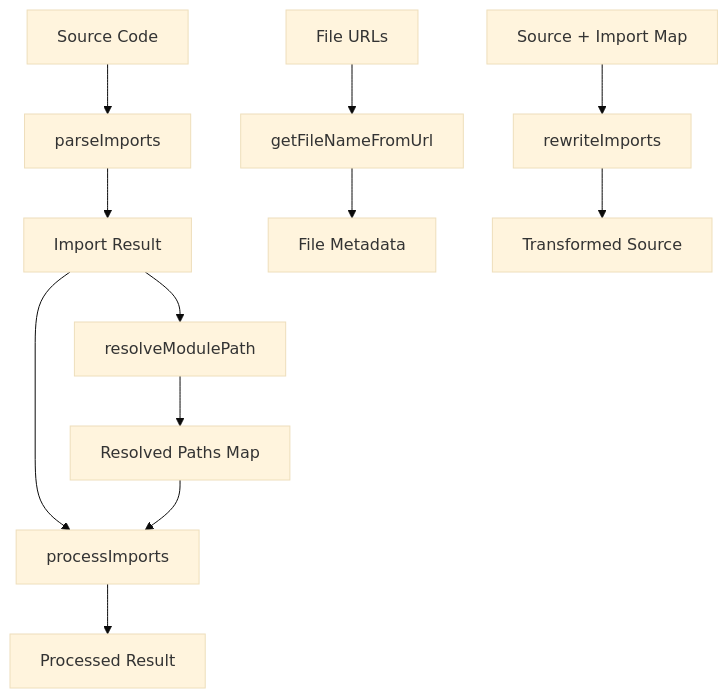
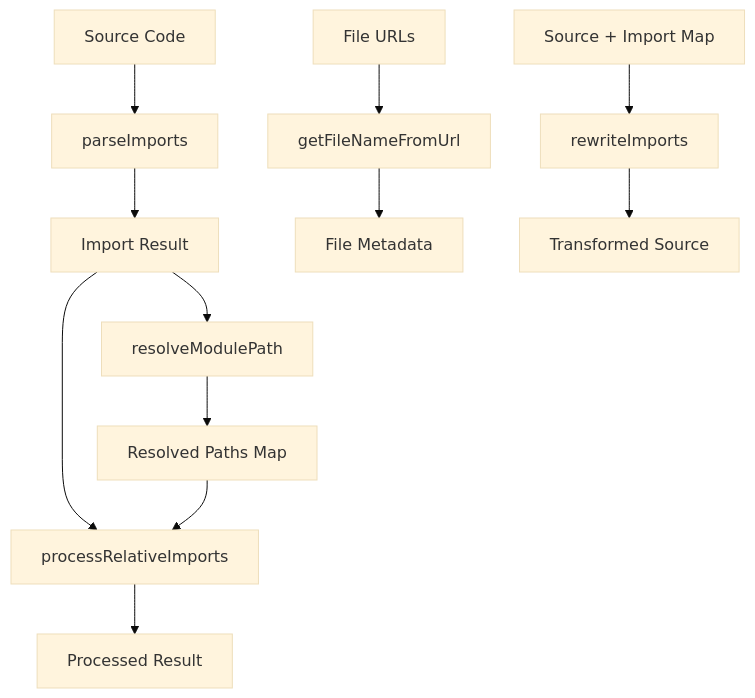
The diagram in packages/docs-infra/docs/app/functions/loader-utils/page.mdx (mui/mui-public), drawn with Mermaid (base theme) before and after one commit. The commit also changed other lines of this file and 45 other files, not shown here.

````diff
--- a/packages/docs-infra/docs/app/functions/loader-utils/page.mdx
+++ b/packages/docs-infra/docs/app/functions/loader-utils/page.mdx
@@ -17,16 +17,16 @@
 ```mermaid
 graph TD
     A[Source Code] --> B[parseImports]
     B --> C[Import Result]
     C --> D[resolveModulePath]
     D --> E[Resolved Paths Map]
-    C --> F[processImports]
+    C --> F[processRelativeImports]
     E --> F
     F --> G[Processed Result]
 
     H[File URLs] --> I[getFileNameFromUrl]
     I --> J[File Metadata]
 
     K[Source + Import Map] --> L[rewriteImports]
     L --> M[Transformed Source]
 ```
````
